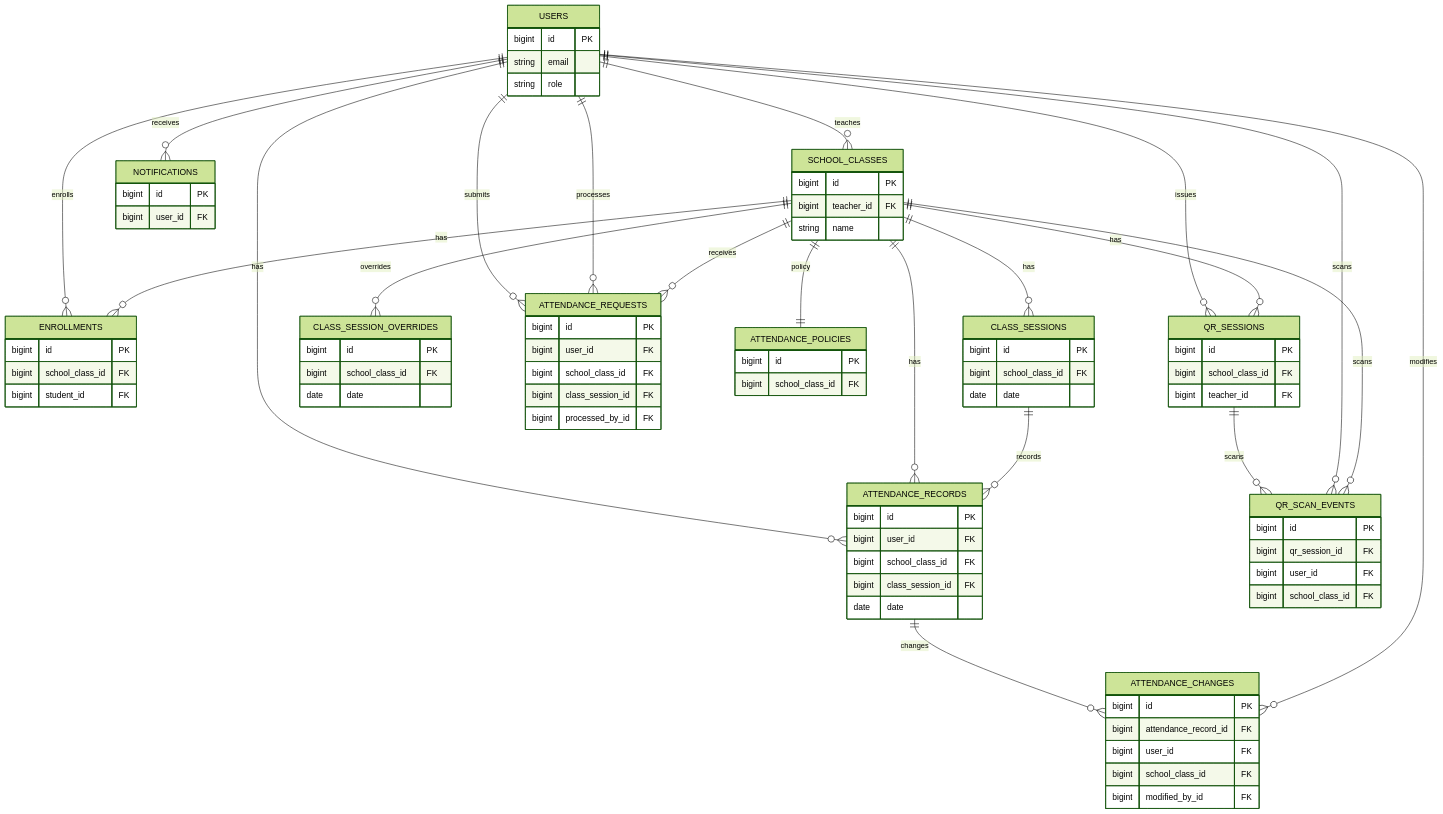
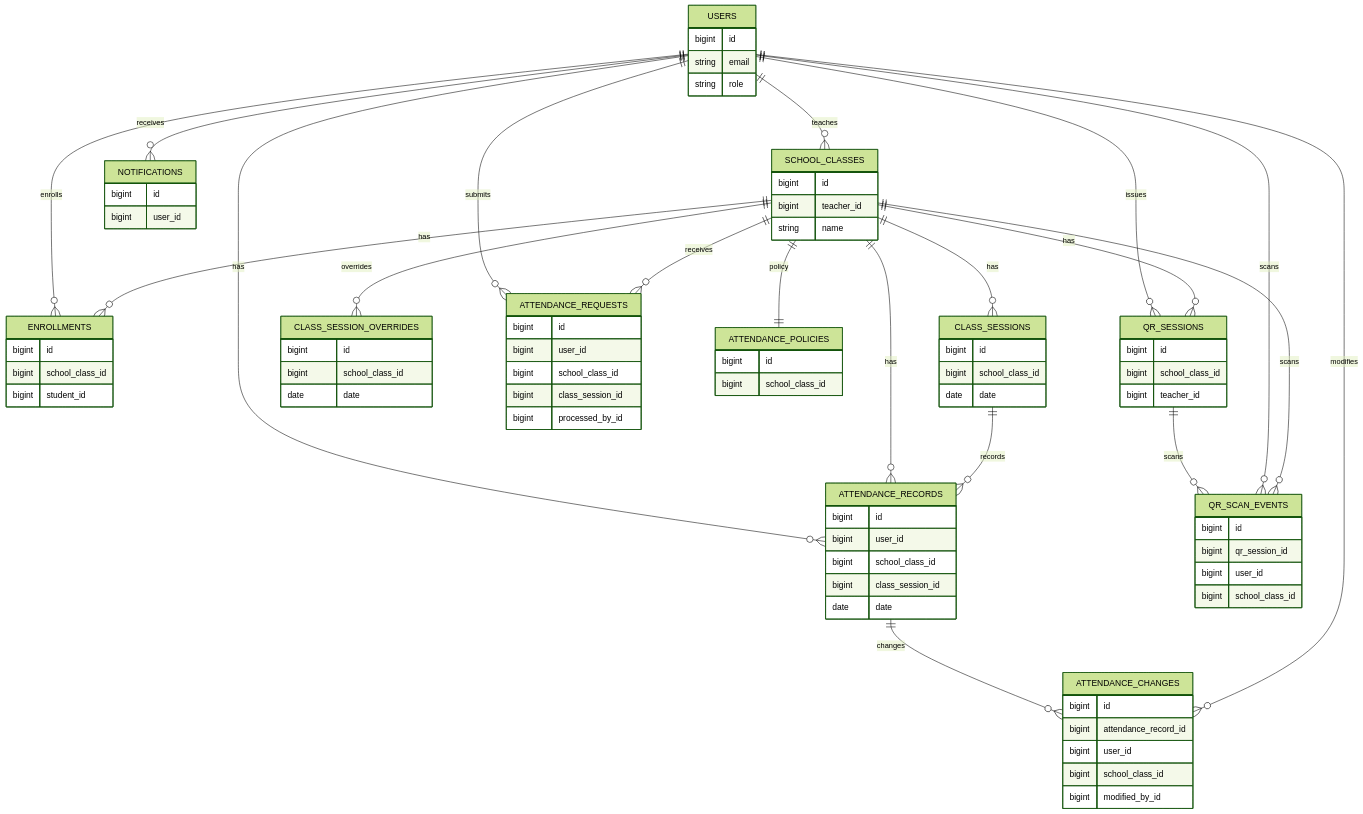
Before and after one commit to syusyusyusyu/Attendance: the ninth of 9 diagrams in 仕様書.md, drawn with Mermaid (forest theme). The commit also changed other lines of this file, not shown here.

Commit message:
fix: フローチャートとER図の表記を修正し、可読性を向上

````diff
--- a/仕様書.md
+++ b/仕様書.md
@@ -514,69 +514,69 @@
 ```mermaid
 erDiagram
   USERS {
-    bigint id PK
+    bigint id
     string email
     string role
   }
   SCHOOL_CLASSES {
-    bigint id PK
-    bigint teacher_id FK
+    bigint id
+    bigint teacher_id
     string name
   }
   ENROLLMENTS {
-    bigint id PK
-    bigint school_class_id FK
-    bigint student_id FK
+    bigint id
+    bigint school_class_id
+    bigint student_id
   }
   CLASS_SESSIONS {
-    bigint id PK
-    bigint school_class_id FK
+    bigint id
+    bigint school_class_id
     date date
   }
   CLASS_SESSION_OVERRIDES {
-    bigint id PK
-    bigint school_class_id FK
+    bigint id
+    bigint school_class_id
     date date
   }
   ATTENDANCE_RECORDS {
-    bigint id PK
-    bigint user_id FK
-    bigint school_class_id FK
-    bigint class_session_id FK
+    bigint id
+    bigint user_id
+    bigint school_class_id
+    bigint class_session_id
     date date
   }
   ATTENDANCE_REQUESTS {
-    bigint id PK
-    bigint user_id FK
-    bigint school_class_id FK
-    bigint class_session_id FK
-    bigint processed_by_id FK
+    bigint id
+    bigint user_id
+    bigint school_class_id
+    bigint class_session_id
+    bigint processed_by_id
   }
   ATTENDANCE_CHANGES {
-    bigint id PK
-    bigint attendance_record_id FK
-    bigint user_id FK
-    bigint school_class_id FK
-    bigint modified_by_id FK
+    bigint id
+    bigint attendance_record_id
+    bigint user_id
+    bigint school_class_id
+    bigint modified_by_id
   }
   ATTENDANCE_POLICIES {
-    bigint id PK
-    bigint school_class_id FK
+    bigint id
+    bigint school_class_id
   }
   QR_SESSIONS {
-    bigint id PK
-    bigint school_class_id FK
-    bigint teacher_id FK
+    bigint id
+    bigint school_class_id
+    bigint teacher_id
   }
   QR_SCAN_EVENTS {
-    bigint id PK
-    bigint qr_session_id FK
-    bigint user_id FK
-    bigint school_class_id FK
+    bigint id
+    bigint qr_session_id
+    bigint user_id
+    bigint school_class_id
   }
   NOTIFICATIONS {
-    bigint id PK
-    bigint user_id FK
+    bigint id
+    bigint user_id
   }
 
   USERS ||--o{ SCHOOL_CLASSES : teaches
@@ -589,7 +589,6 @@
   SCHOOL_CLASSES ||--o{ CLASS_SESSION_OVERRIDES : overrides
   SCHOOL_CLASSES ||--|| ATTENDANCE_POLICIES : policy
   USERS ||--o{ ATTENDANCE_REQUESTS : submits
-  USERS ||--o{ ATTENDANCE_REQUESTS : processes
   SCHOOL_CLASSES ||--o{ ATTENDANCE_REQUESTS : receives
   ATTENDANCE_RECORDS ||--o{ ATTENDANCE_CHANGES : changes
   USERS ||--o{ ATTENDANCE_CHANGES : modifies
````
